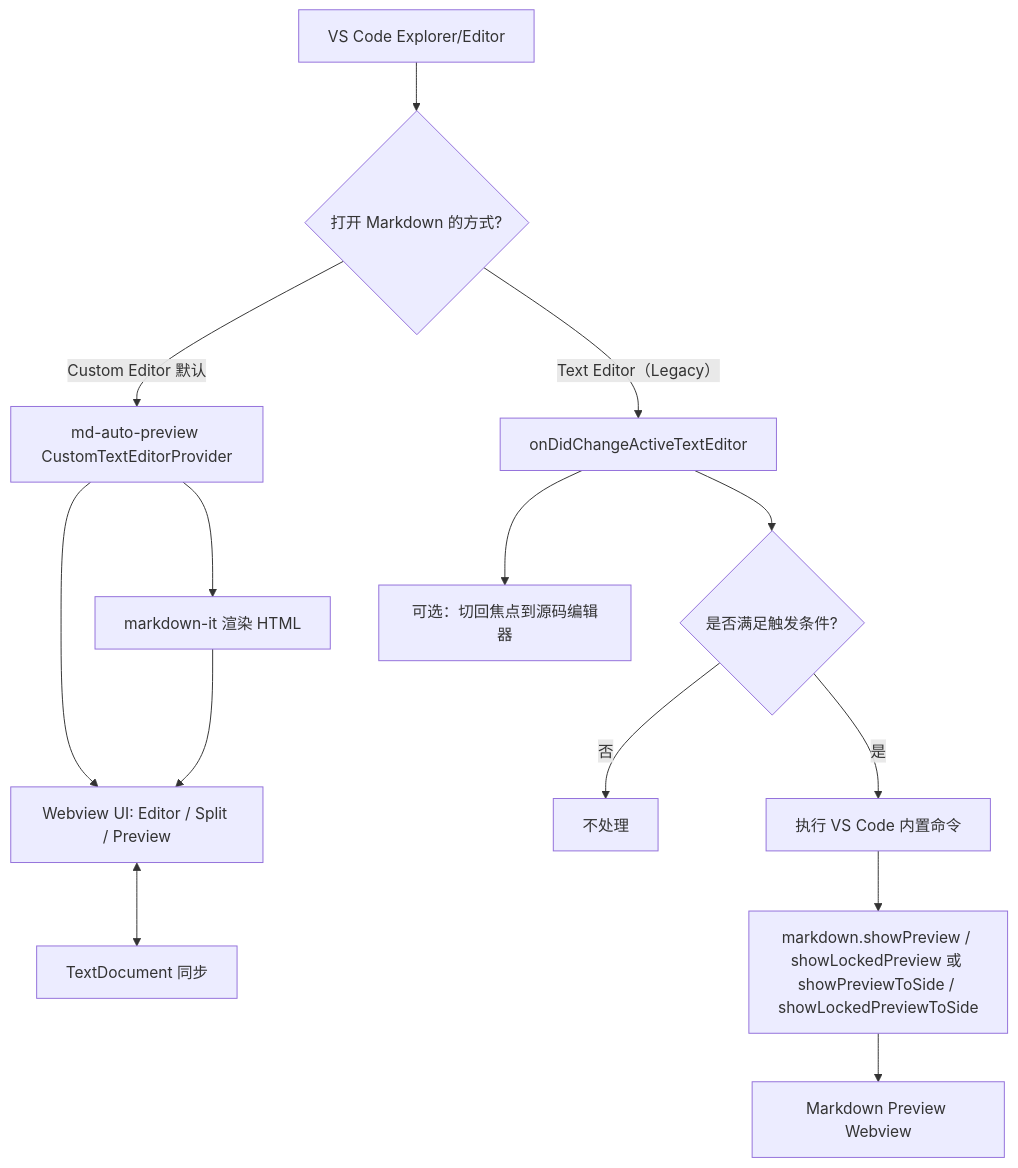
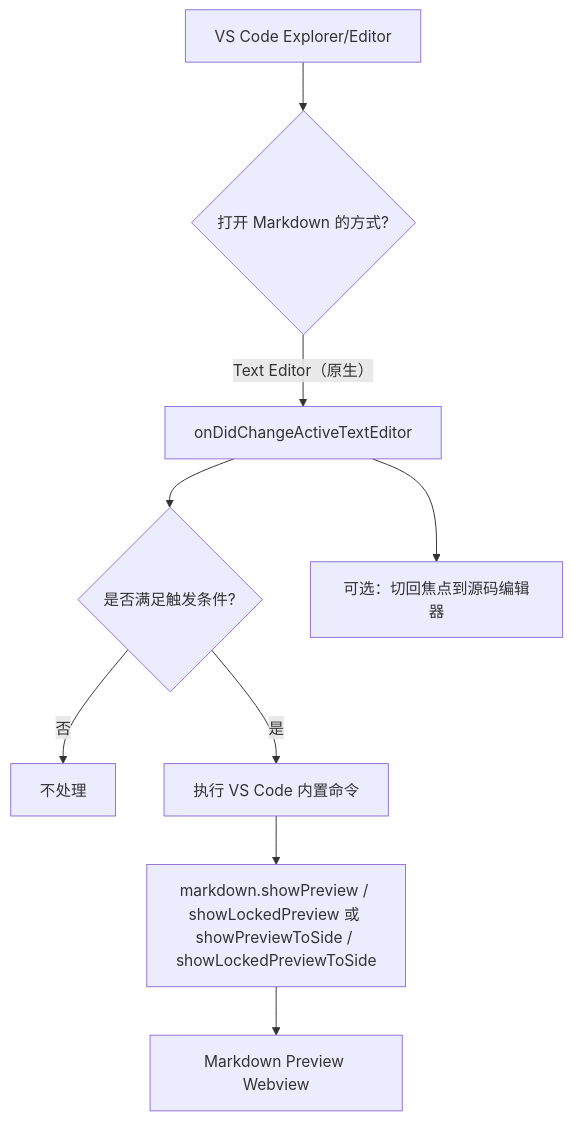
The first of 2 diagrams in helloagents/wiki/arch.md (fengyouliang/markdown-vscode-plugin), drawn with Mermaid before and after one commit. The commit also changed other lines of this file and 15 other files, not shown here.

Commit message:
feat: native editor markdown auto preview

````diff
--- a/helloagents/wiki/arch.md
+++ b/helloagents/wiki/arch.md
@@ -4,18 +4,11 @@
 ```mermaid
 flowchart TD
     A[VS Code Explorer/Editor] --> B{打开 Markdown 的方式?}
-
-    B -->|Custom Editor 默认| C[md-auto-preview CustomTextEditorProvider]
-    C --> D[Webview UI: Editor / Split / Preview]
-    D <--> E[TextDocument 同步]
-    C --> F[markdown-it 渲染 HTML]
-    F --> D
-
-    B -->|Text Editor（Legacy）| G[onDidChangeActiveTextEditor]
+    B -->|Text Editor（原生）| G[onDidChangeActiveTextEditor]
     G --> H{是否满足触发条件?}
     H -->|否| I[不处理]
     H -->|是| J[执行 VS Code 内置命令]
     J --> K[markdown.showPreview / showLockedPreview 或 showPreviewToSide / showLockedPreviewToSide]
     K --> L[Markdown Preview Webview]
     G --> M[可选：切回焦点到源码编辑器]
 ```
````
